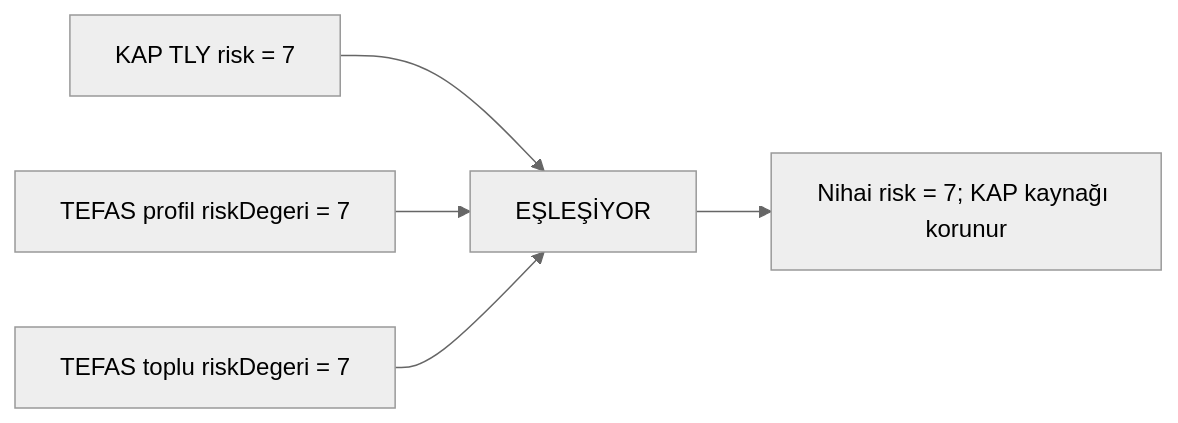
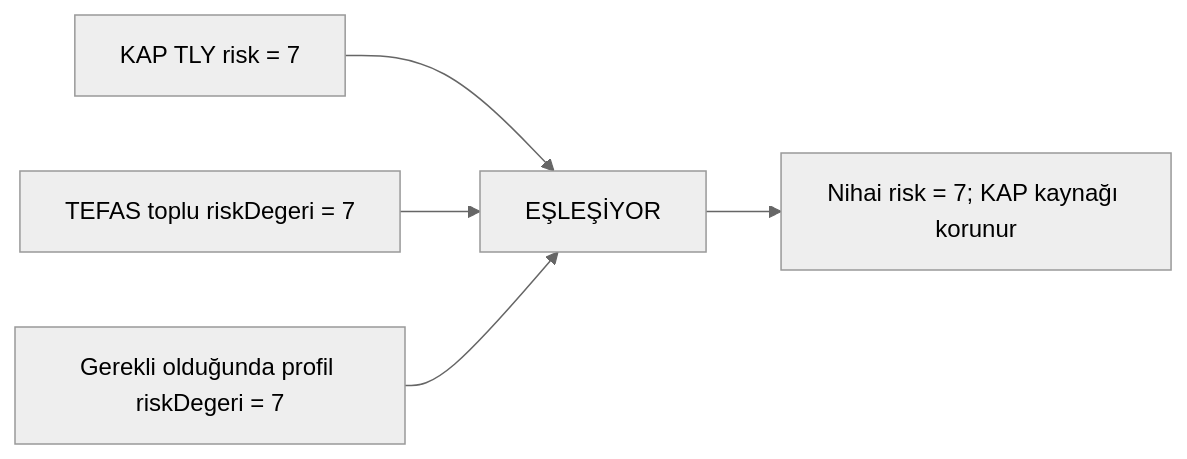
Before and after one commit to egemenkarabulut/PiyasaNabzi-KAP-YAT: the seventh of 18 diagrams in README.md, drawn with Mermaid (neutral theme). The commit also changed other lines of this file and 3 other files, not shown here.

````diff
--- a/README.md
+++ b/README.md
@@ -316,7 +306,7 @@
 ```mermaid
 flowchart LR
     A["KAP TLY risk = 7"] --> D["EŞLEŞİYOR"]
-    B["TEFAS profil riskDegeri = 7"] --> D
-    C["TEFAS toplu riskDegeri = 7"] --> D
+    B["TEFAS toplu riskDegeri = 7"] --> D
+    C["Gerekli olduğunda profil riskDegeri = 7"] --> D
     D --> E["Nihai risk = 7; KAP kaynağı korunur"]
 ```
````
